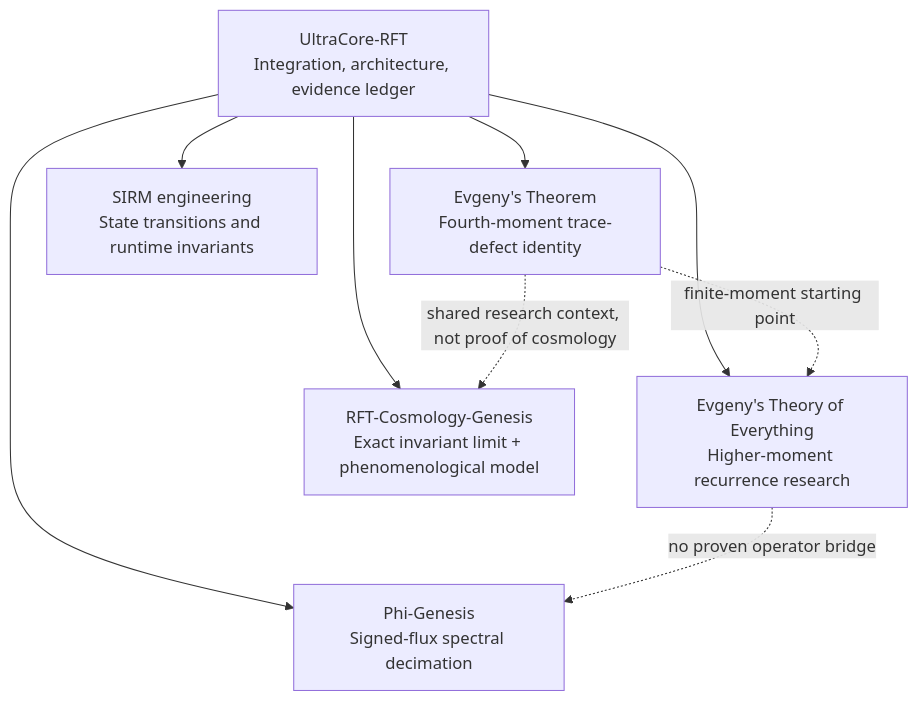
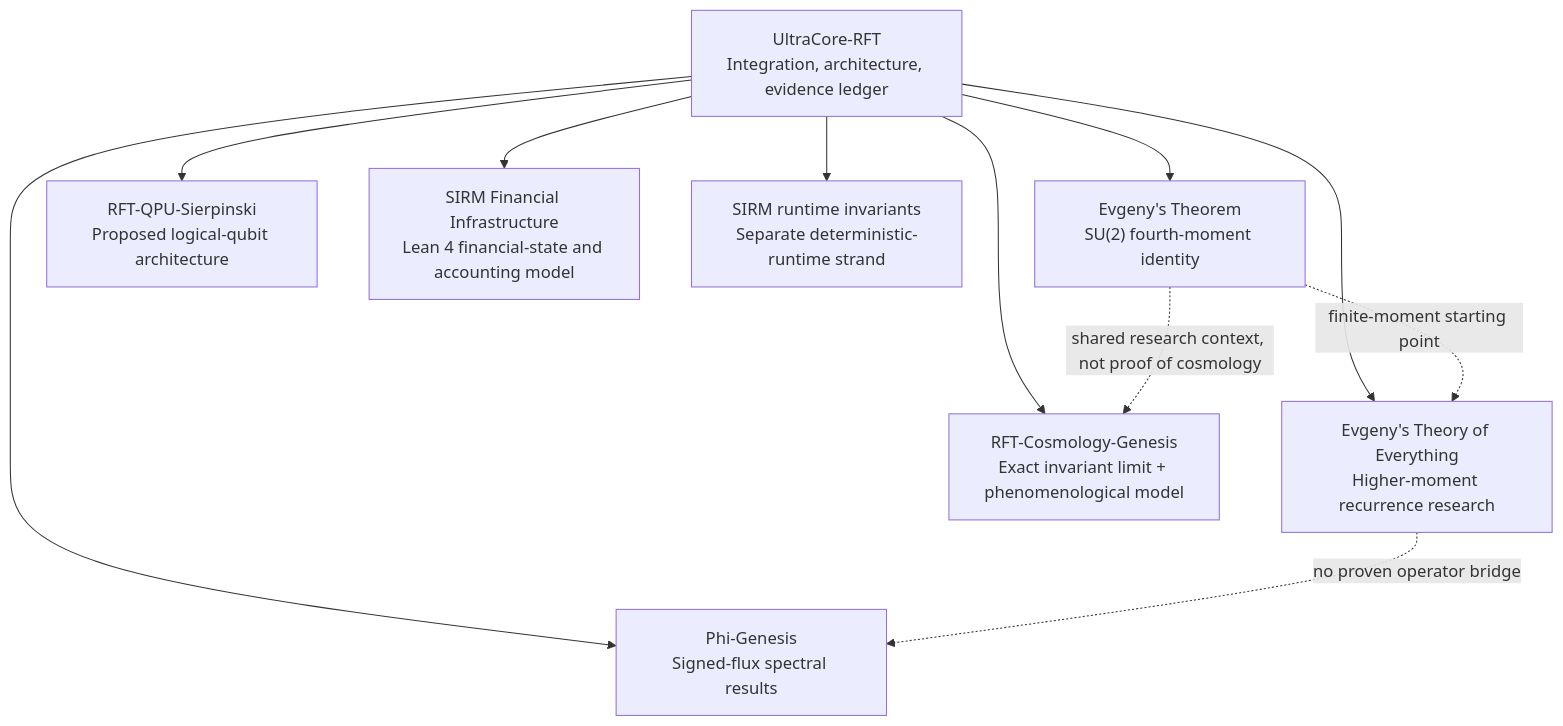
Before and after one commit to RFT-SIRM/UltraCore-RFT: the first of 4 diagrams in docs/architecture.md, drawn with Mermaid. The commit also changed other lines of this file and 9 other files, not shown here.

````diff
--- a/docs/architecture.md
+++ b/docs/architecture.md
@@ -11,17 +11,21 @@
 ```mermaid
 flowchart TB
   HUB["UltraCore-RFT<br/>Integration, architecture, evidence ledger"]
-  ET["Evgeny's Theorem<br/>Fourth-moment trace-defect identity"]
+  ET["Evgeny's Theorem<br/>SU(2) fourth-moment identity"]
   TOE["Evgeny's Theory of Everything<br/>Higher-moment recurrence research"]
-  PG["Phi-Genesis<br/>Signed-flux spectral decimation"]
+  PG["Phi-Genesis<br/>Signed-flux spectral results"]
+  QPU["RFT-QPU-Sierpinski<br/>Proposed logical-qubit architecture"]
+  FIN["SIRM Financial Infrastructure<br/>Lean 4 financial-state and accounting model"]
   CG["RFT-Cosmology-Genesis<br/>Exact invariant limit + phenomenological model"]
-  SIRM["SIRM engineering<br/>State transitions and runtime invariants"]
+  RUNTIME["SIRM runtime invariants<br/>Separate deterministic-runtime strand"]
   HUB --> ET
   HUB --> TOE
   HUB --> PG
+  HUB --> QPU
+  HUB --> FIN
   HUB --> CG
-  HUB --> SIRM
+  HUB --> RUNTIME
   ET -. "finite-moment starting point" .-> TOE
   TOE -. "no proven operator bridge" .-> PG
   ET -. "shared research context, not proof of cosmology" .-> CG
 ```
````
